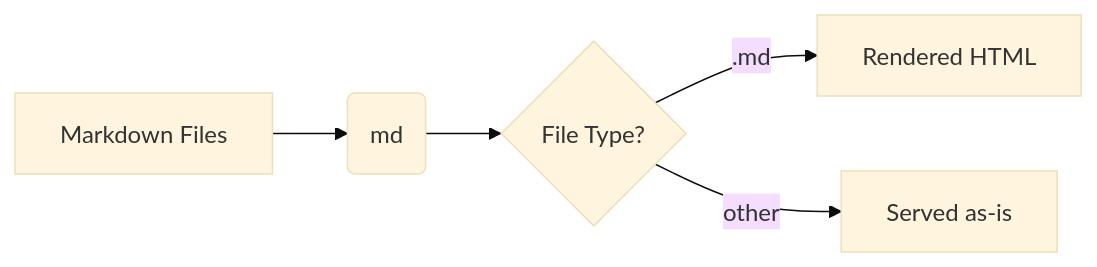
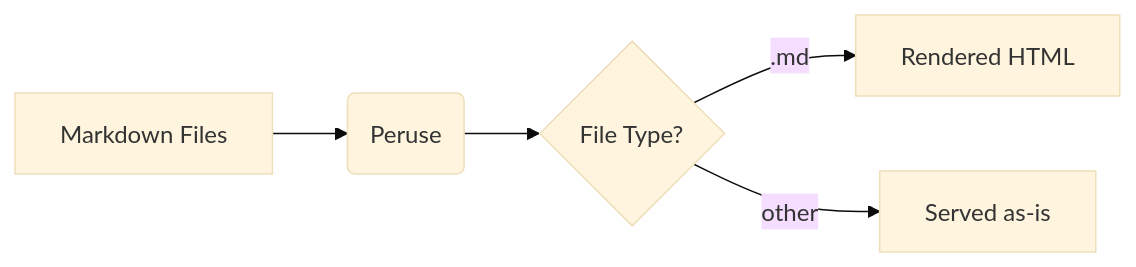
The diagram in demo-files/guides/getting-started.md (0xcadams/md), drawn with Mermaid (base theme) before and after one commit. The commit also changed other lines of this file and 28 other files, not shown here.

````diff
--- a/demo-files/guides/getting-started.md
+++ b/demo-files/guides/getting-started.md
@@ -7,7 +7,7 @@
 ```mermaid
 graph LR
-    A[Markdown Files] --> B(md)
+    A[Markdown Files] --> B(Peruse)
     B --> C{File Type?}
     C -->|.md| D[Rendered HTML]
     C -->|other| E[Served as-is]
 ```
````
